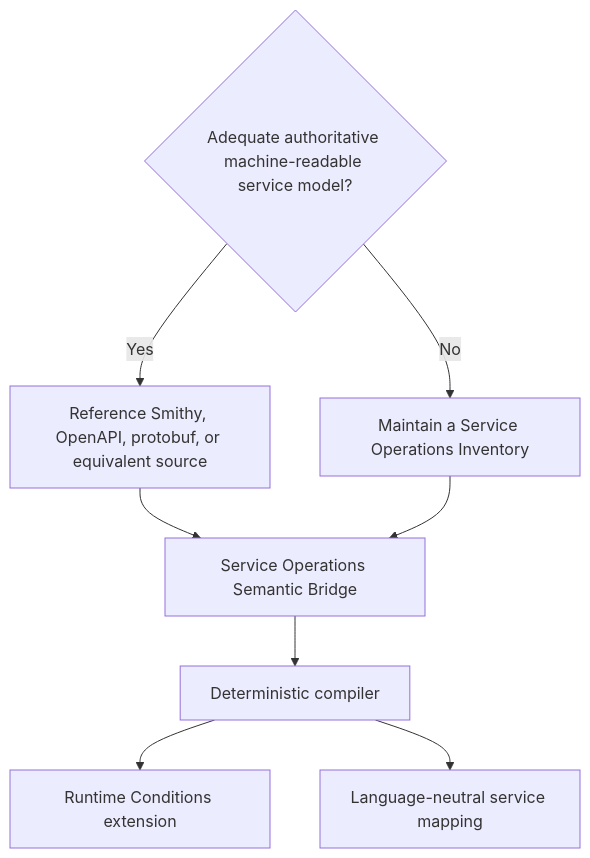
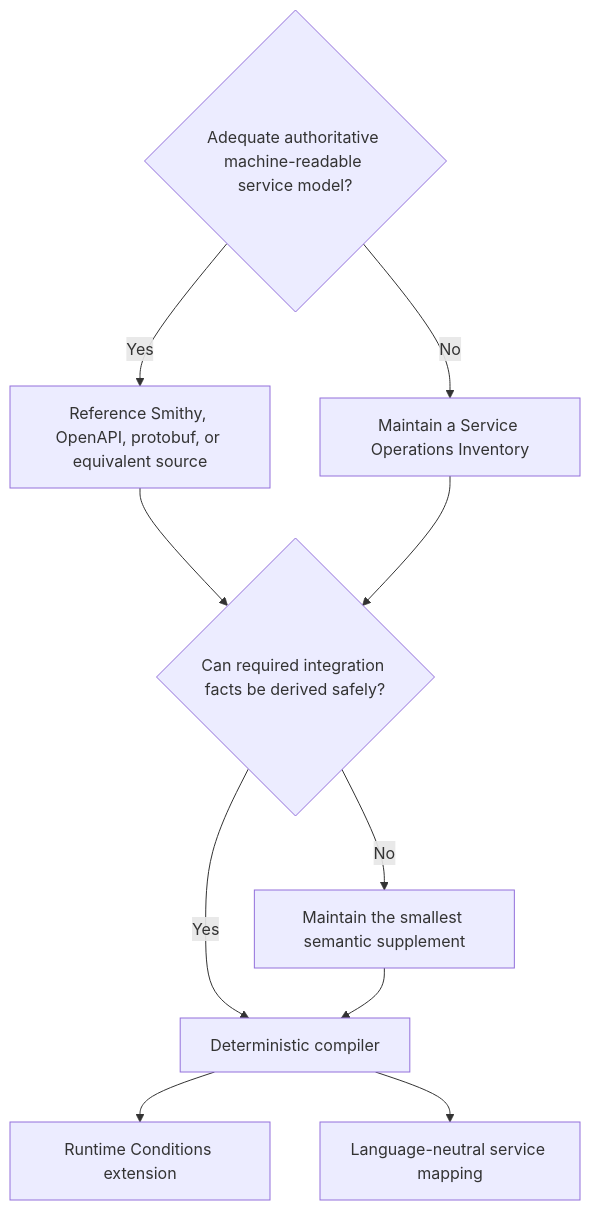
Before and after one commit to runtimeconditions/spec: the diagram in docs/guides/service-operation-authoring.md, drawn with Mermaid. The commit also changed other lines of this file and 4 other files, not shown here.

Commit message:
clears up some sdk stuff, adds core schema

````diff
--- a/docs/guides/service-operation-authoring.md
+++ b/docs/guides/service-operation-authoring.md
@@ -17,11 +17,13 @@
 ```mermaid
 flowchart TD
     A{"Adequate authoritative machine-readable service model?"}
     A -->|Yes| B["Reference Smithy, OpenAPI, protobuf, or equivalent source"]
     A -->|No| C["Maintain a Service Operations Inventory"]
-    B --> D["Service Operations Semantic Bridge"]
+    B --> D{"Can required integration facts be derived safely?"}
     C --> D
-    D --> E["Deterministic compiler"]
+    D -->|Yes| E["Deterministic compiler"]
+    D -->|No| S["Maintain the smallest semantic supplement"]
+    S --> E
     E --> F["Runtime Conditions extension"]
     E --> G["Language-neutral service mapping"]
 ```
````
